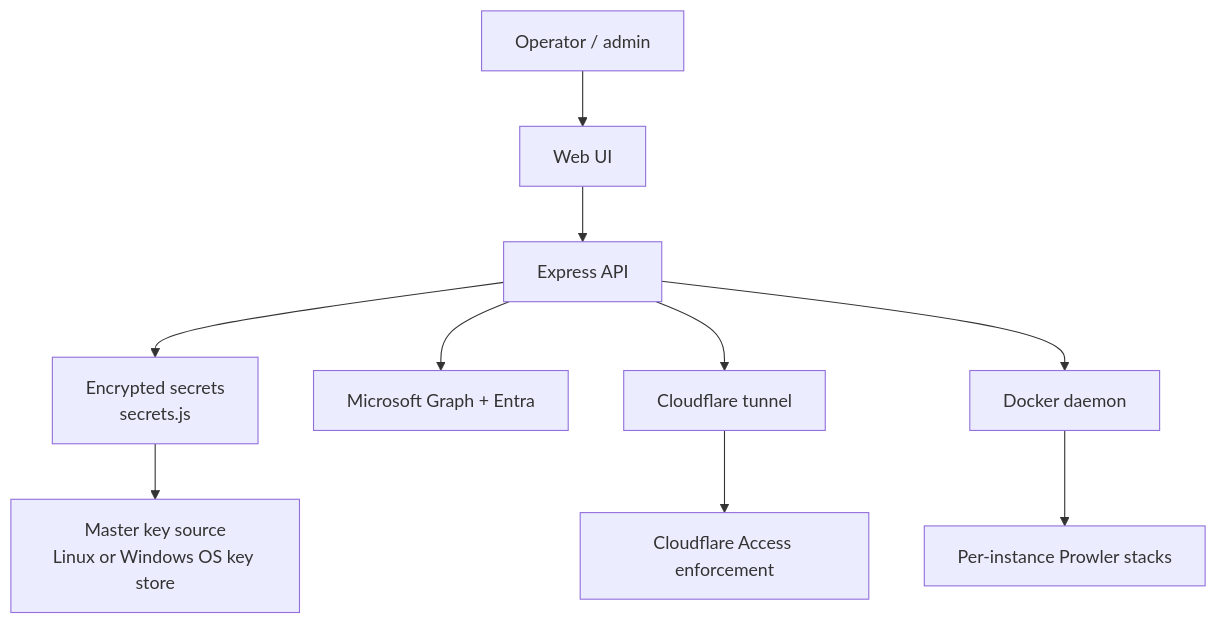
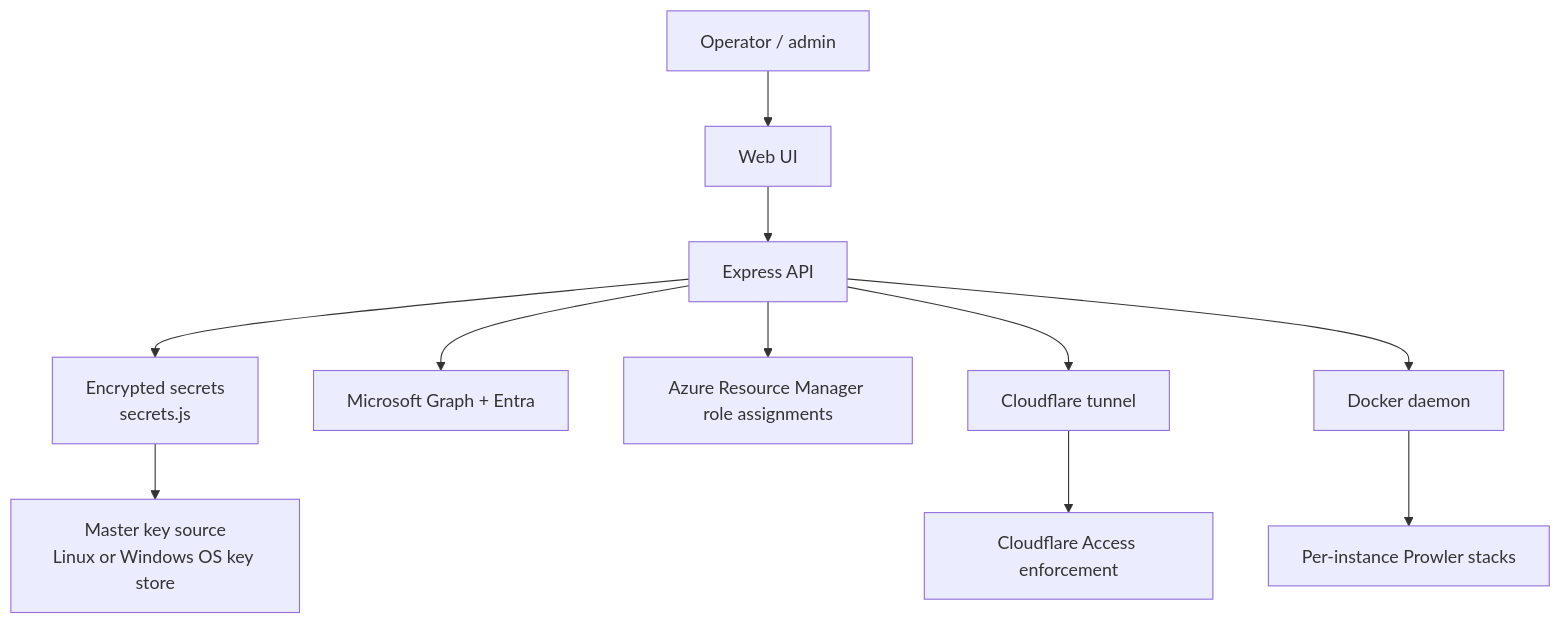
Before and after one commit to lotrasoft/prowler-manage: the diagram in docs/security.md, drawn with Mermaid. The commit also changed other lines of this file and 14 other files, not shown here.

````diff
--- a/docs/security.md
+++ b/docs/security.md
@@ -33,13 +39,14 @@
 ```mermaid
 flowchart TD
     Client[Operator / admin] --> UI[Web UI]
     UI --> API[Express API]
     API --> Secret[Encrypted secrets\nsecrets.js]
     API --> Entra[Microsoft Graph + Entra]
+    API --> ARM[Azure Resource Manager role assignments]
     API --> Tunnel[Cloudflare tunnel]
     API --> Docker[Docker daemon]
 
     Secret --> KMS[Master key source\nLinux or Windows OS key store]
     Tunnel --> Access[Cloudflare Access enforcement]
     Docker --> Instances[Per-instance Prowler stacks]
 ```
````
